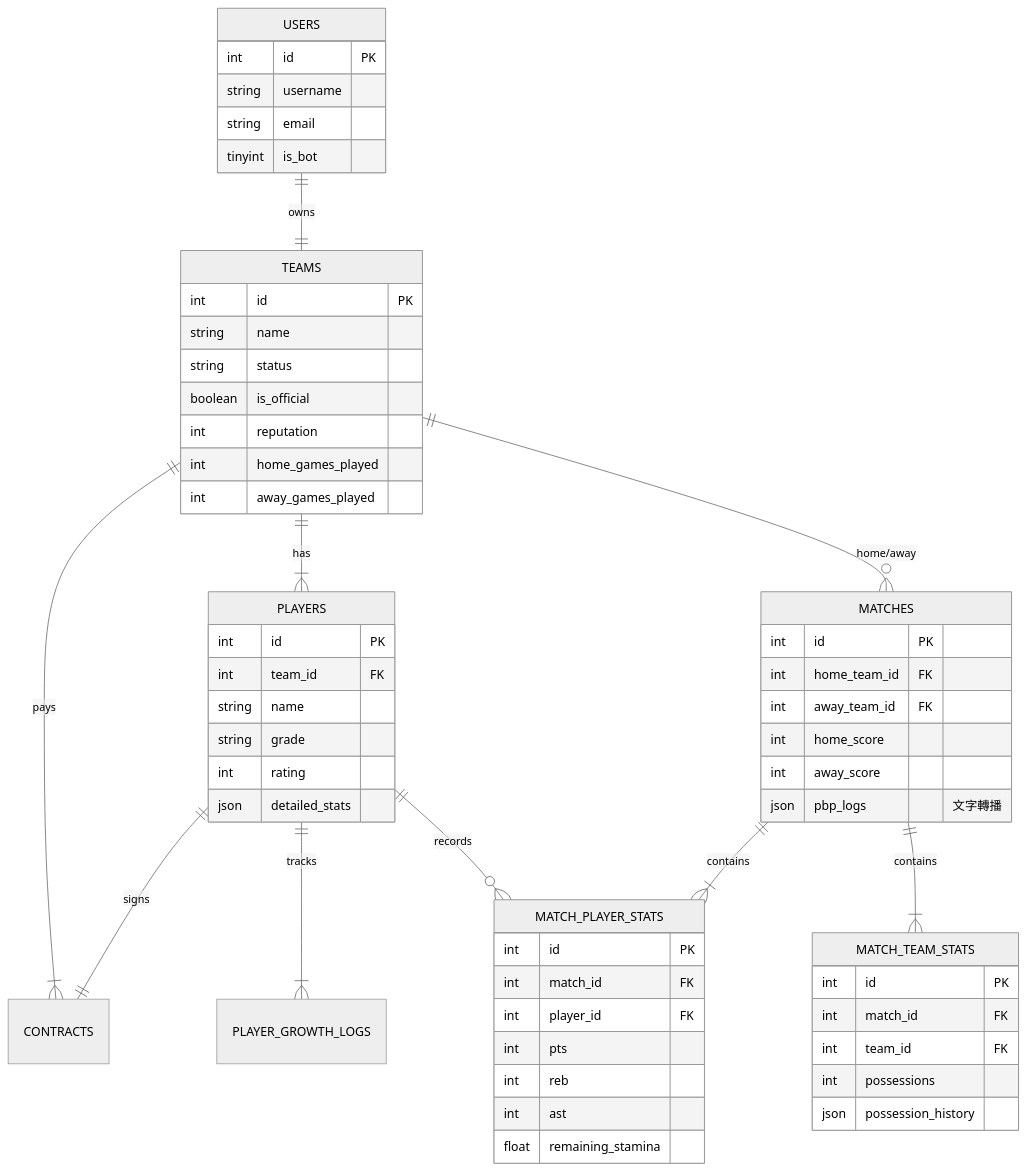
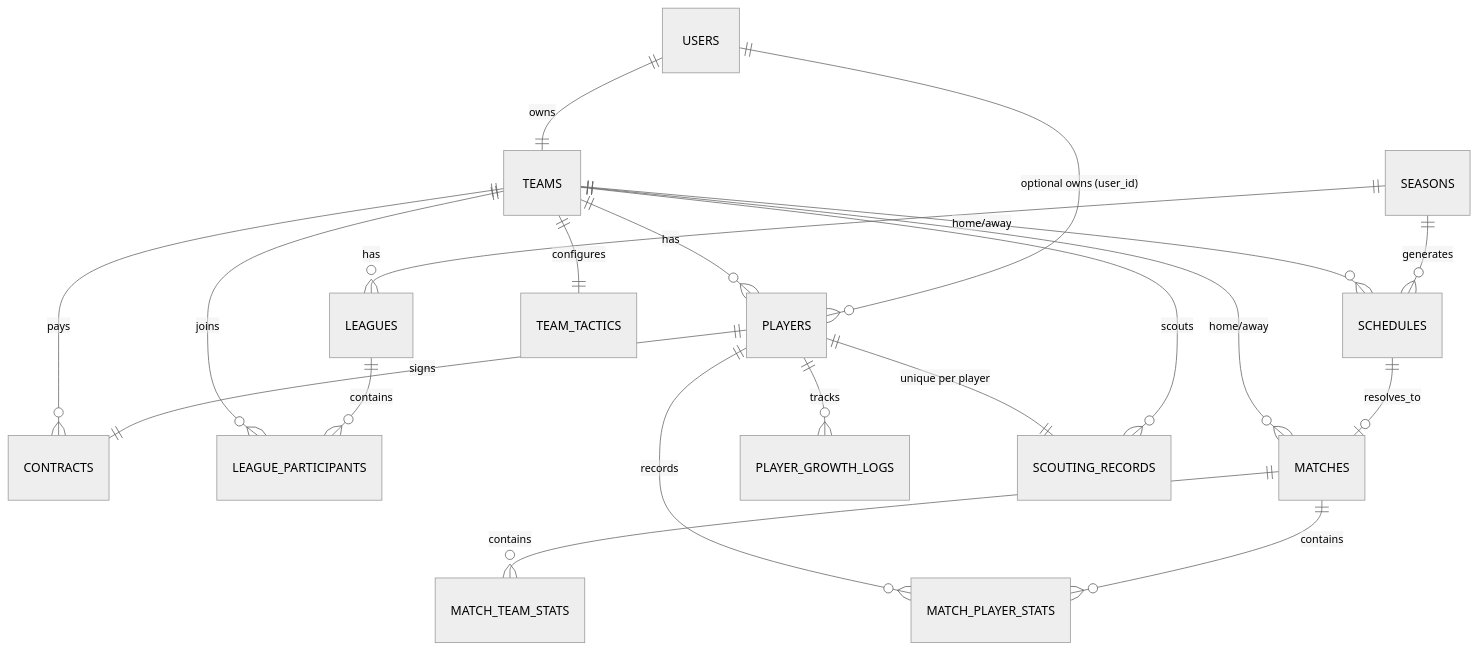
Before and after one commit to Haley-Shen-0213/ASBL-Basketball-Manager: the diagram in ASBL_Database_Schema.md, drawn with Mermaid (neutral theme). The commit also changed other lines of this file and 7 other files, not shown here.

````diff
--- a/ASBL_Database_Schema.md
+++ b/ASBL_Database_Schema.md
@@ -17,66 +19,27 @@
 ```mermaid
 erDiagram
     USERS ||--|| TEAMS : owns
-    TEAMS ||--|{ PLAYERS : has
-    TEAMS ||--|{ CONTRACTS : pays
+    USERS ||--o{ PLAYERS : "optional owns (user_id)"
+
+    TEAMS ||--o{ PLAYERS : has
+    PLAYERS ||--|| CONTRACTS : signs
+    TEAMS ||--o{ CONTRACTS : pays
+
+    SEASONS ||--o{ LEAGUES : has
+    LEAGUES ||--o{ LEAGUE_PARTICIPANTS : contains
+    TEAMS ||--o{ LEAGUE_PARTICIPANTS : joins
+
+    SEASONS ||--o{ SCHEDULES : generates
+    TEAMS ||--o{ SCHEDULES : "home/away"
+    SCHEDULES ||--o| MATCHES : resolves_to
+
     TEAMS ||--o{ MATCHES : "home/away"
-    PLAYERS ||--|| CONTRACTS : signs
-    PLAYERS ||--|{ PLAYER_GROWTH_LOGS : tracks
+    MATCHES ||--o{ MATCH_TEAM_STATS : contains
+    MATCHES ||--o{ MATCH_PLAYER_STATS : contains
     PLAYERS ||--o{ MATCH_PLAYER_STATS : records
 
-    MATCHES ||--|{ MATCH_TEAM_STATS : contains
-    MATCHES ||--|{ MATCH_PLAYER_STATS : contains
-
-    USERS {
-        int id PK
-        string username
-        string email
-        tinyint is_bot
-    }
-
-    TEAMS {
-        int id PK
-        string name
-        string status
-        boolean is_official
-        int reputation
-        int home_games_played
-        int away_games_played
-    }
-
-    PLAYERS {
-        int id PK
-        int team_id FK
-        string name
-        string grade
-        int rating
-        json detailed_stats
-    }
-
-    MATCHES {
-        int id PK
-        int home_team_id FK
-        int away_team_id FK
-        int home_score
-        int away_score
-        json pbp_logs "文字轉播"
-    }
-
-    MATCH_TEAM_STATS {
-        int id PK
-        int match_id FK
-        int team_id FK
-        int possessions
-        json possession_history
-    }
-
-    MATCH_PLAYER_STATS {
-        int id PK
-        int match_id FK
-        int player_id FK
-        int pts
-        int reb
-        int ast
-        float remaining_stamina
-    }
+    PLAYERS ||--o{ PLAYER_GROWTH_LOGS : tracks
+    TEAMS ||--|| TEAM_TACTICS : configures
+    TEAMS ||--o{ SCOUTING_RECORDS : scouts
+    PLAYERS ||--|| SCOUTING_RECORDS : "unique per player"
 ```
````
